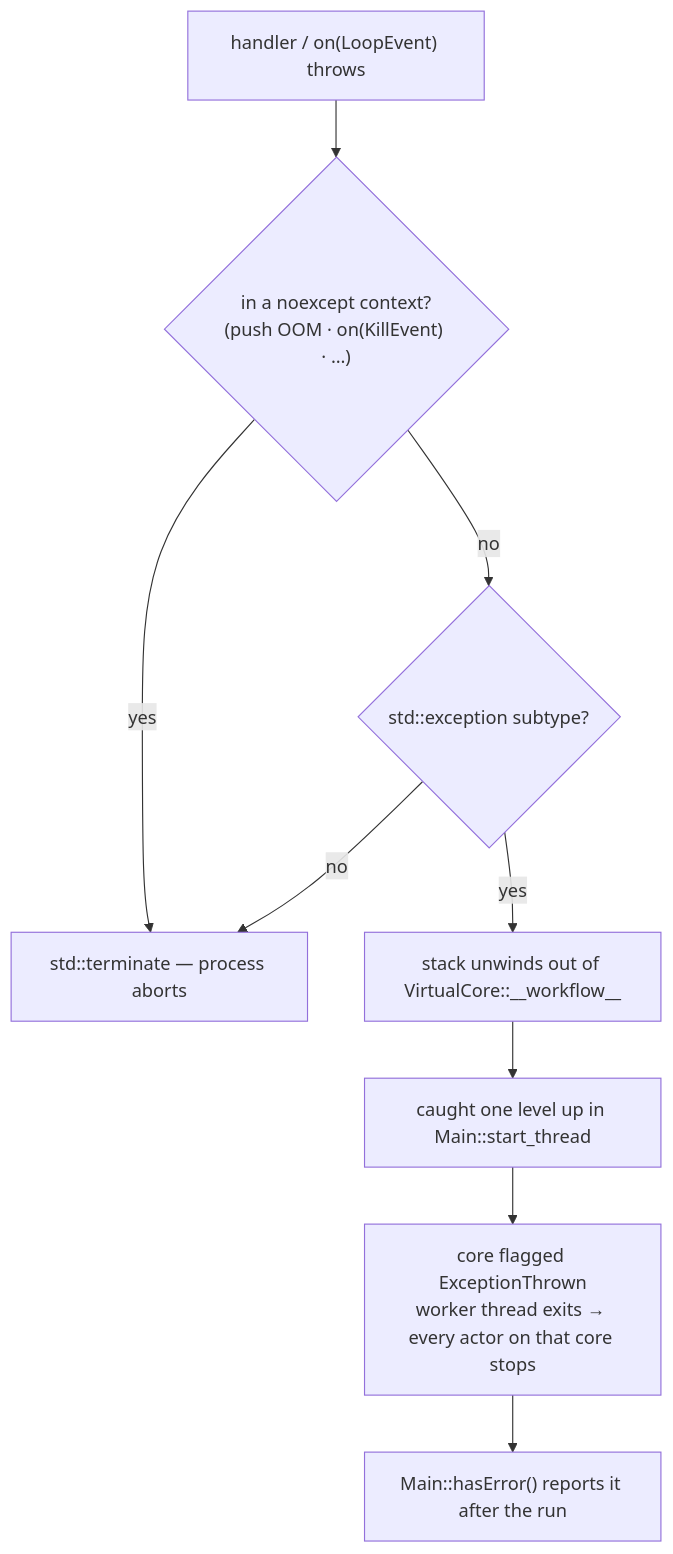
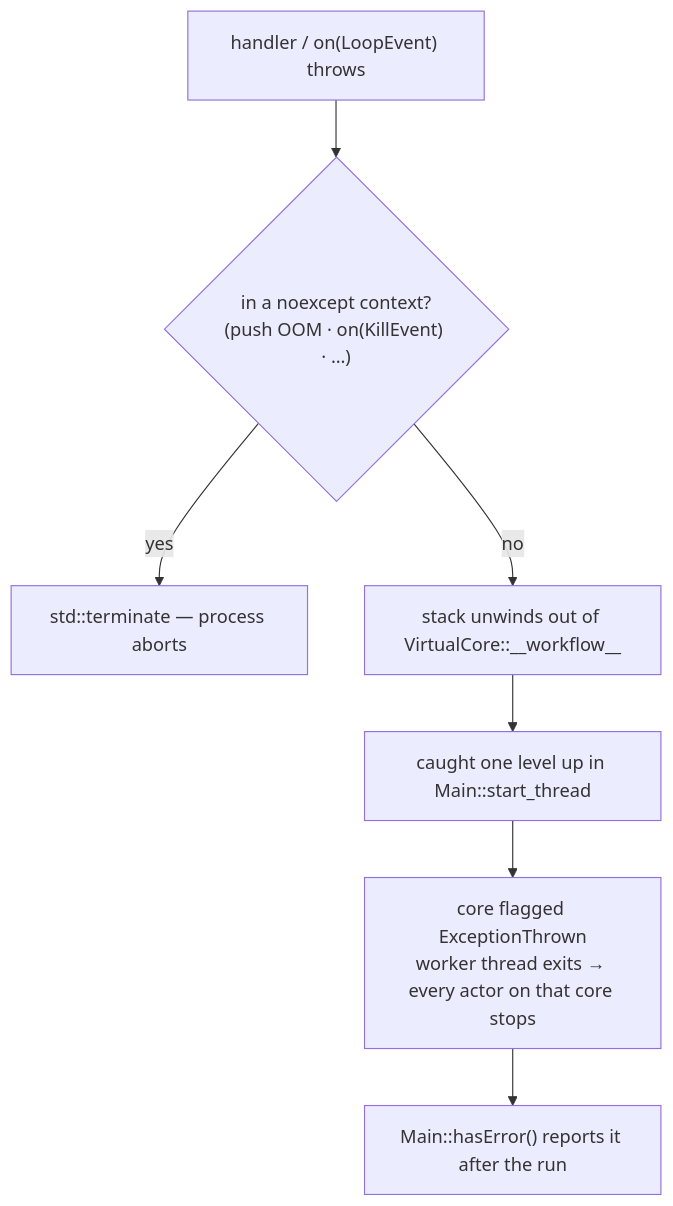
Before and after one commit to isndev/qb: the diagram in readme/6_guides/error_handling.md, drawn with Mermaid. The commit also changed other lines of this file and 3 other files, not shown here.

````diff
--- a/readme/6_guides/error_handling.md
+++ b/readme/6_guides/error_handling.md
@@ -45,11 +45,9 @@
 ```mermaid
 flowchart TD
     H["handler / on(LoopEvent) throws"] --> NOEX{"in a noexcept context?<br/>(push OOM · on(KillEvent) · …)"}
     NOEX -- yes --> TERM["std::terminate — process aborts"]
-    NOEX -- no --> T{"std::exception subtype?"}
-    T -- "no" --> TERM
-    T -- "yes" --> UW["stack unwinds out of VirtualCore::__workflow__"]
+    NOEX -- no --> UW["stack unwinds out of VirtualCore::__workflow__"]
     UW --> SC["caught one level up in Main::start_thread"]
     SC --> FLAG["core flagged ExceptionThrown<br/>worker thread exits → every actor on that core stops"]
     FLAG --> OBS["Main::hasError() reports it after the run"]
 ```
````
